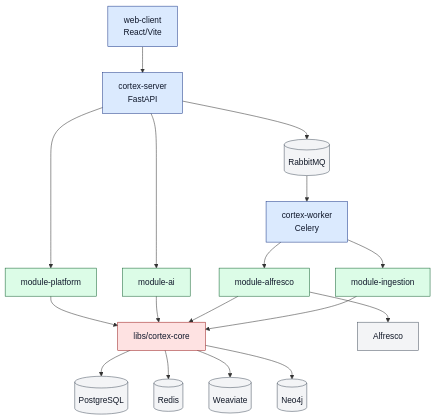
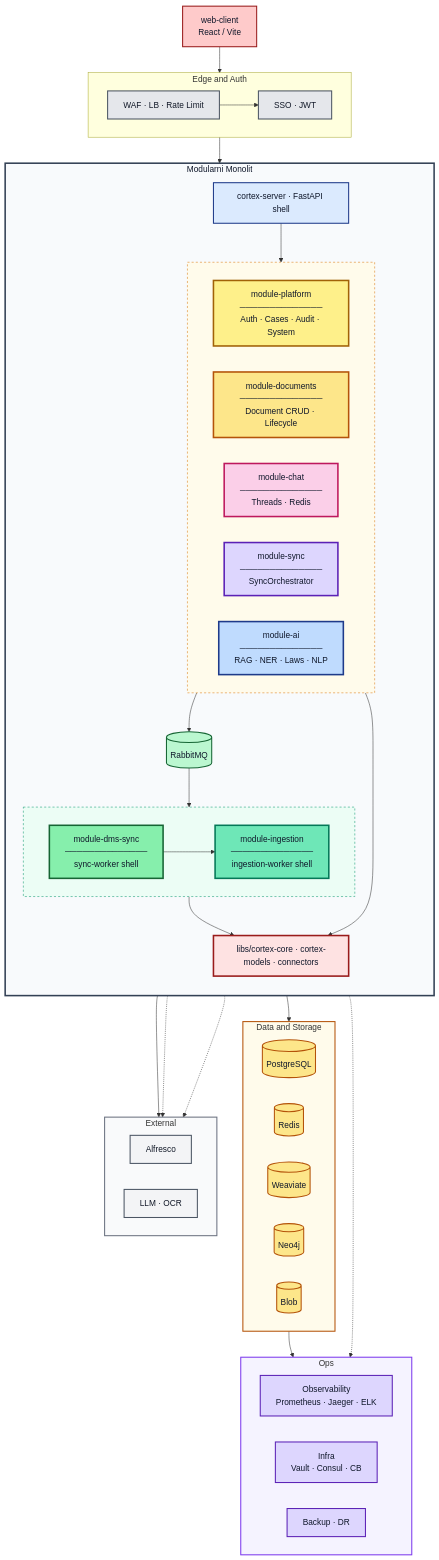
One commit to MilosVu/arhitektura-monolit changed the diagram in ARCHITECTURE_OVERVIEW.md. Above: the diagram before and after it, drawn with Mermaid. The commit also changed other lines of this file and 233 other files, not shown here.

````diff
--- a/ARCHITECTURE_OVERVIEW.md
+++ b/ARCHITECTURE_OVERVIEW.md
@@ -109,32 +118,114 @@
 ```mermaid
-flowchart TD
-    WC[web-client\nReact/Vite] --> CS[cortex-server\nFastAPI]
-    CS --> MP[module-platform]
-    CS --> MA[module-ai]
-    CS --> MQ[(RabbitMQ)]
-    MQ --> CW[cortex-worker\nCelery]
-    CW --> MALF[module-alfresco]
-    CW --> MING[module-ingestion]
+flowchart TB
+    WC["web-client<br/>React / Vite"]
 
-    MP --> CORE[libs/cortex-core]
-    MA --> CORE
-    MALF --> CORE
-    MING --> CORE
+    subgraph EDGE [Edge and Auth]
+        direction LR
+        EDGE_PIPE["WAF · LB · Rate Limit"] --> AUTH_PIPE["SSO · JWT"]
+    end
 
-    CORE --> PG[(PostgreSQL)]
-    CORE --> RD[(Redis)]
-    CORE --> WV[(Weaviate)]
-    CORE --> N4J[(Neo4j)]
+    WC --> EDGE
 
-    MALF --> ALF[Alfresco]
+    subgraph MONOLITH [Modularni Monolit]
+        direction TB
 
-    classDef app fill:#dbeafe,stroke:#1e3a8a,stroke-width:1px,color:#0f172a;
-    classDef mod fill:#dcfce7,stroke:#166534,stroke-width:1px,color:#0f172a;
-    classDef core fill:#fee2e2,stroke:#991b1b,stroke-width:1px,color:#0f172a;
-    classDef infra fill:#f3f4f6,stroke:#4b5563,stroke-width:1px,color:#111827;
+        CS["cortex-server · FastAPI shell"]
 
-    class WC,CS,CW app;
-    class MP,MA,MALF,MING mod;
-    class CORE core;
-    class PG,RD,MQ,WV,N4J,ALF infra;
+        subgraph HTTP_ROW [ ]
+            direction LR
+            MP["module-platform<br/>──────────────<br/>Auth · Cases · Audit · System"]
+            MDOC["module-documents<br/>──────────────<br/>Document CRUD · Lifecycle"]
+            MCHAT["module-chat<br/>──────────────<br/>Threads · Redis"]
+            MSYNC["module-sync<br/>──────────────<br/>SyncOrchestrator"]
+            MA["module-ai<br/>──────────────<br/>RAG · NER · Laws · NLP"]
+        end
+
+        CORE["libs/cortex-core · cortex-models · connectors"]
+
+        MQ[(RabbitMQ)]
+
+        subgraph WORKER_ROW [ ]
+            direction LR
+            MDMS["module-dms-sync<br/>──────────────<br/>sync-worker shell"]
+            MING["module-ingestion<br/>──────────────<br/>ingestion-worker shell"]
+        end
+
+        CS --> HTTP_ROW
+        MSYNC --> MQ
+        MQ --> MDMS
+        MDMS --> MING
+
+        HTTP_ROW --> CORE
+        WORKER_ROW --> CORE
+    end
+
+    EDGE --> CS
+
+    subgraph DATA [Data and Storage]
+        direction LR
+        PG[(PostgreSQL)]
+        RD[(Redis)]
+        WV[(Weaviate)]
+        N4J[(Neo4j)]
+        BLOB[(Blob)]
+    end
+
+    subgraph EXT [External]
+        direction LR
+        ALF[Alfresco]
+        SAAS["LLM · OCR"]
+    end
+
+    subgraph OPS [Ops]
+        direction LR
+        OBS["Observability<br/>Prometheus · Jaeger · ELK"]
+        INFRA["Infra<br/>Vault · Consul · CB"]
+        BAK["Backup · DR"]
+    end
+
+    CORE --> DATA
+    MDMS --> ALF
+    MA -.-> SAAS
+    MING -.-> SAAS
+    MONOLITH -.-> OPS
+    DATA --> BAK
+
+    classDef clientStyle fill:#fecaca,stroke:#991b1b,stroke-width:2px,color:#0f172a
+    classDef edgeStyle fill:#e5e7eb,stroke:#4b5563,stroke-width:2px,color:#111827
+    classDef shellStyle fill:#dbeafe,stroke:#1e3a8a,stroke-width:2px,color:#0f172a
+    classDef platformStyle fill:#fef08a,stroke:#a16207,stroke-width:3px,color:#0f172a
+    classDef docsStyle fill:#fde68a,stroke:#b45309,stroke-width:3px,color:#0f172a
+    classDef chatStyle fill:#fbcfe8,stroke:#be185d,stroke-width:3px,color:#0f172a
+    classDef syncStyle fill:#ddd6fe,stroke:#5b21b6,stroke-width:3px,color:#0f172a
+    classDef aiStyle fill:#bfdbfe,stroke:#1e3a8a,stroke-width:3px,color:#0f172a
+    classDef dmsStyle fill:#86efac,stroke:#166534,stroke-width:3px,color:#0f172a
+    classDef ingestionStyle fill:#6ee7b7,stroke:#047857,stroke-width:3px,color:#0f172a
+    classDef coreStyle fill:#fee2e2,stroke:#991b1b,stroke-width:3px,color:#0f172a
+    classDef mqStyle fill:#bbf7d0,stroke:#166534,stroke-width:2px,color:#0f172a
+    classDef dataStyle fill:#fde68a,stroke:#b45309,stroke-width:2px,color:#0f172a
+    classDef extStyle fill:#f3f4f6,stroke:#4b5563,stroke-width:2px,color:#111827
+    classDef opsStyle fill:#ddd6fe,stroke:#5b21b6,stroke-width:2px,color:#0f172a
+
+    class WC clientStyle
+    class EDGE_PIPE,AUTH_PIPE edgeStyle
+    class CS shellStyle
+    class MP platformStyle
+    class MDOC docsStyle
+    class MCHAT chatStyle
+    class MSYNC syncStyle
+    class MA aiStyle
+    class MDMS dmsStyle
+    class MING ingestionStyle
+    class CORE coreStyle
+    class MQ mqStyle
+    class PG,RD,WV,N4J,BLOB dataStyle
+    class ALF,SAAS extStyle
+    class OBS,INFRA,BAK opsStyle
+
+    style MONOLITH fill:#f8fafc,stroke:#334155,stroke-width:3px,color:#0f172a
+    style HTTP_ROW fill:#fffbeb,stroke:#d97706,stroke-width:1px,stroke-dasharray:4
+    style WORKER_ROW fill:#ecfdf5,stroke:#059669,stroke-width:1px,stroke-dasharray:4
+    style DATA fill:#fffbeb,stroke:#b45309,stroke-width:2px
+    style EXT fill:#f9fafb,stroke:#6b7280,stroke-width:2px
+    style OPS fill:#f5f3ff,stroke:#7c3aed,stroke-width:2px
 ```
````
